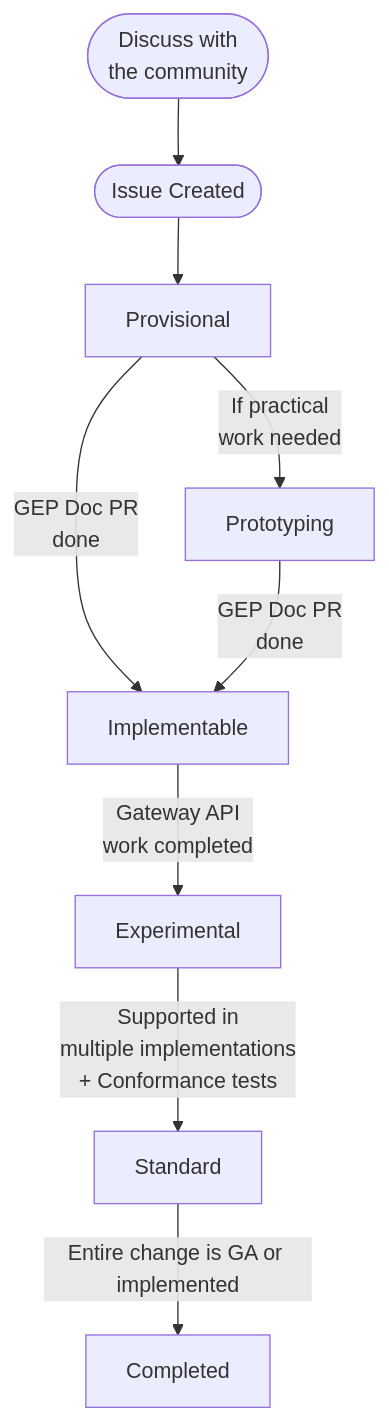
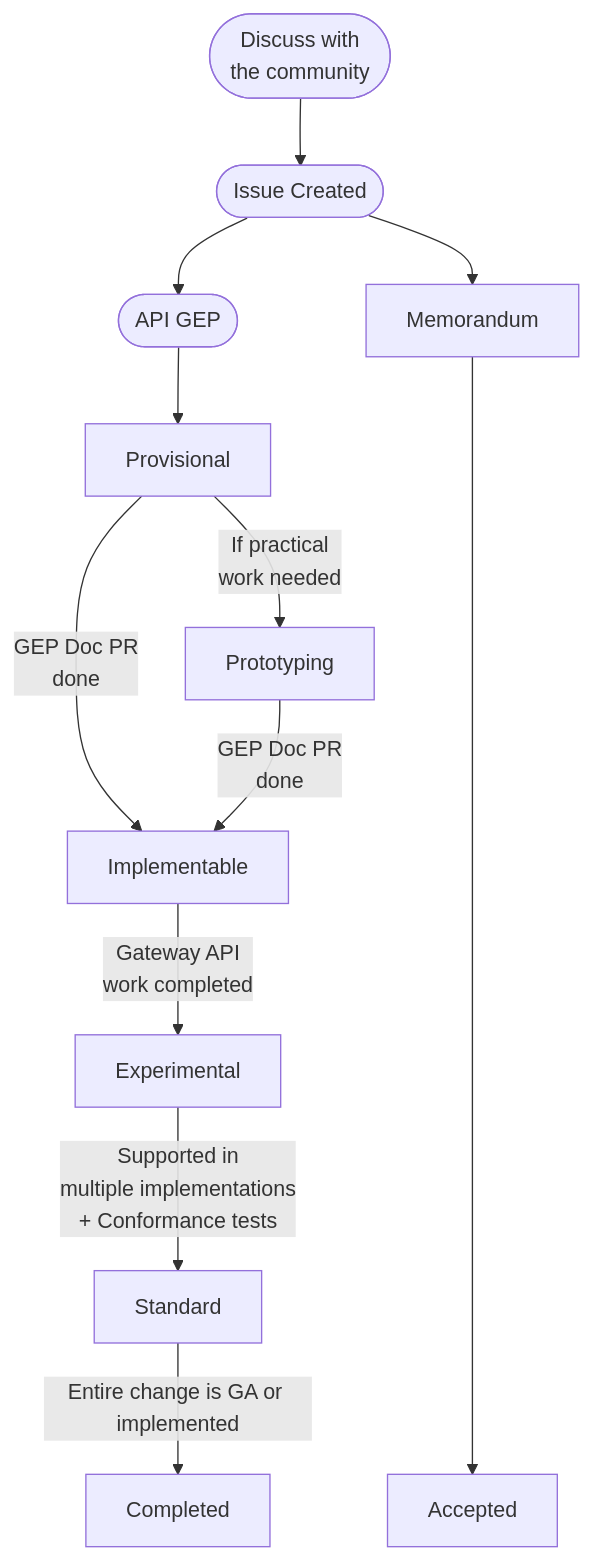
The diagram in geps/overview.md (kubernetes-sigs/gateway-api), drawn with Mermaid before and after one commit. The commit also changed other lines of this file and 1 other file, not shown here.

First line of the commit message:
Add GEP-2659 and updates to GEP overview

````diff
--- a/geps/overview.md
+++ b/geps/overview.md
@@ -18,11 +20,15 @@
 ```mermaid
 flowchart TD
     D([Discuss with<br />the community]) --> C
-    C([Issue Created]) --> Provisional
+    C([Issue Created]) --> E([API GEP])
+    C([Issue Created]) --> Memorandum
+    E([API GEP]) --> Provisional
+    Memorandum -------> Accepted
+    Provisional -->|If practical <br /> work needed| Prototyping
     Provisional -->|GEP Doc PR<br />done| Implementable
-    Provisional -->|If practical <br /> work needed| Prototyping
     Prototyping -->|GEP Doc PR<br />done| Implementable
     Implementable -->|Gateway API<br />work completed| Experimental
     Experimental -->|Supported in<br />multiple implementations<br />+ Conformance tests| Standard
     Standard -->|Entire change is GA or implemented| Completed
+
 ```
````
